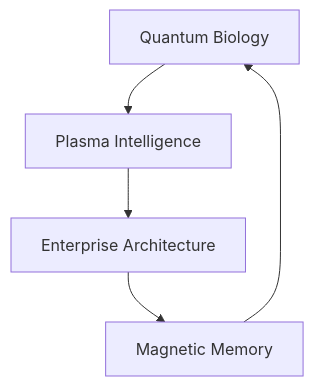
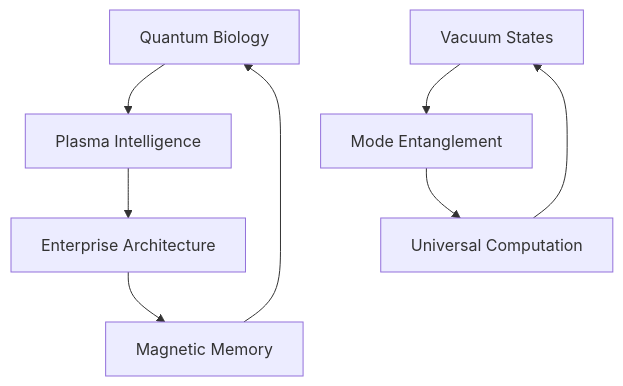
The diagram in README.md (prometheusWaluigi/ideaFilaments), drawn with Mermaid before and after one commit. The commit also changed other lines of this file and 9 other files, not shown here.

````diff
--- a/README.md
+++ b/README.md
@@ -13,7 +13,10 @@
 ```mermaid
 graph TD
     A[Quantum Biology] --> B[Plasma Intelligence]
     B --> C[Enterprise Architecture]
     C --> D[Magnetic Memory]
     D --> A
+    E[Vacuum States] --> F[Mode Entanglement]
+    F --> G[Universal Computation]
+    G --> E
 ```
````
